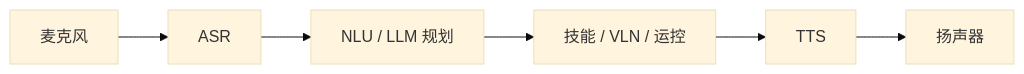
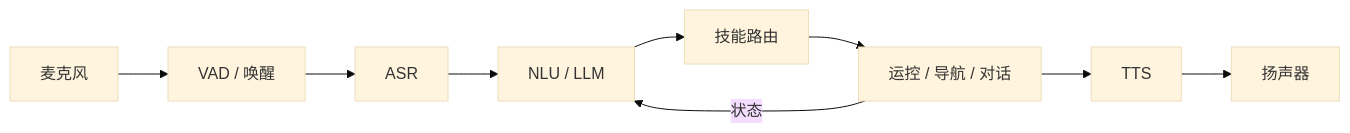
Before and after one commit to ImChong/Robotics_Notebooks: the diagram in wiki/methods/humanoid-voice-interaction.md, drawn with Mermaid (base theme). The commit also changed other lines of this file and 25 other files, not shown here.

````diff
--- a/wiki/methods/humanoid-voice-interaction.md
+++ b/wiki/methods/humanoid-voice-interaction.md
@@ -51,8 +54,11 @@
 ```mermaid
 flowchart LR
-  MIC["麦克风"] --> ASR["ASR"]
-  ASR --> LLM["NLU / LLM 规划"]
-  LLM --> SKILL["技能 / VLN / 运控"]
+  MIC["麦克风"] --> VAD["VAD / 唤醒"]
+  VAD --> ASR["ASR"]
+  ASR --> NLU["NLU / LLM"]
+  NLU --> ROUTER["技能路由"]
+  ROUTER --> SKILL["运控 / 导航 / 对话"]
   SKILL --> TTS["TTS"]
   TTS --> SPK["扬声器"]
+  SKILL -->|状态| NLU
 ```
````
